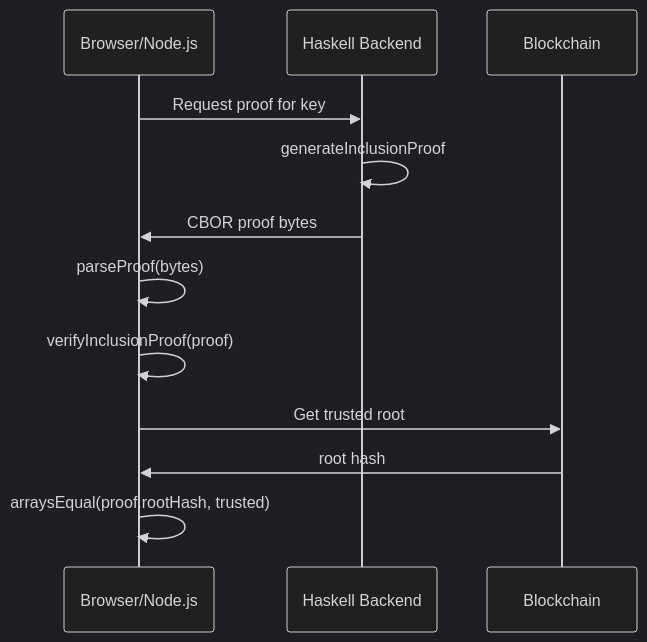
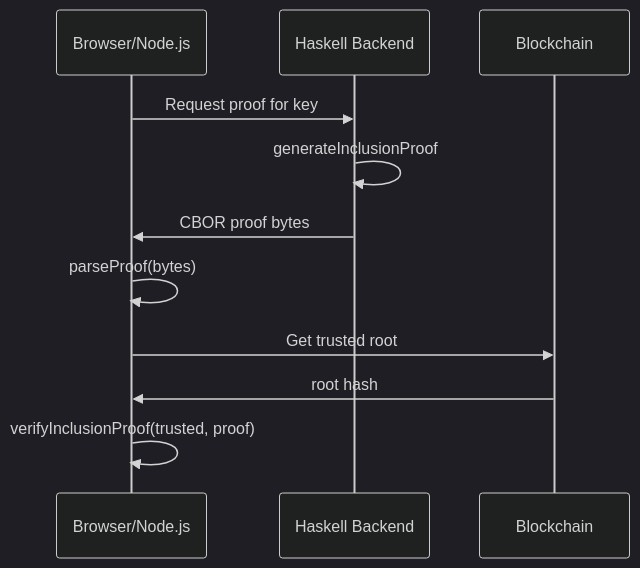
The diagram in docs/typescript.md (lambdasistemi/haskell-mts), drawn with Mermaid (dark theme) before and after one commit. The commit also changed other lines of this file and 4 other files, not shown here.

````diff
--- a/docs/typescript.md
+++ b/docs/typescript.md
@@ -211,18 +182,17 @@
 ```mermaid
 sequenceDiagram
     participant Client as Browser/Node.js
     participant Server as Haskell Backend
     participant Chain as Blockchain
 
     Client->>Server: Request proof for key
     Server->>Server: generateInclusionProof
     Server->>Client: CBOR proof bytes
 
     Client->>Client: parseProof(bytes)
-    Client->>Client: verifyInclusionProof(proof)
 
     Client->>Chain: Get trusted root
     Chain->>Client: root hash
 
-    Client->>Client: arraysEqual(proof.rootHash, trusted)
+    Client->>Client: verifyInclusionProof(trusted, proof)
 ```
````
